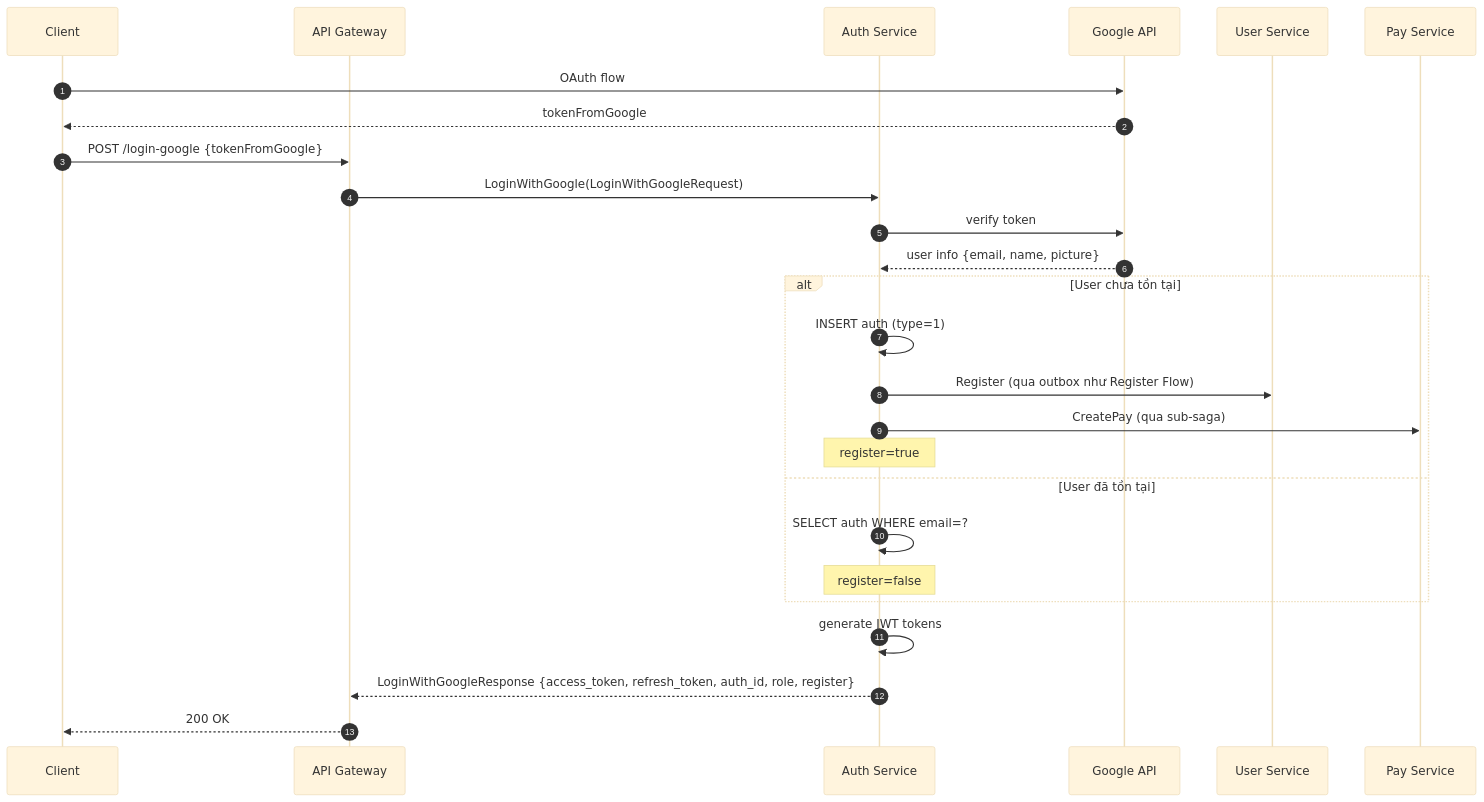
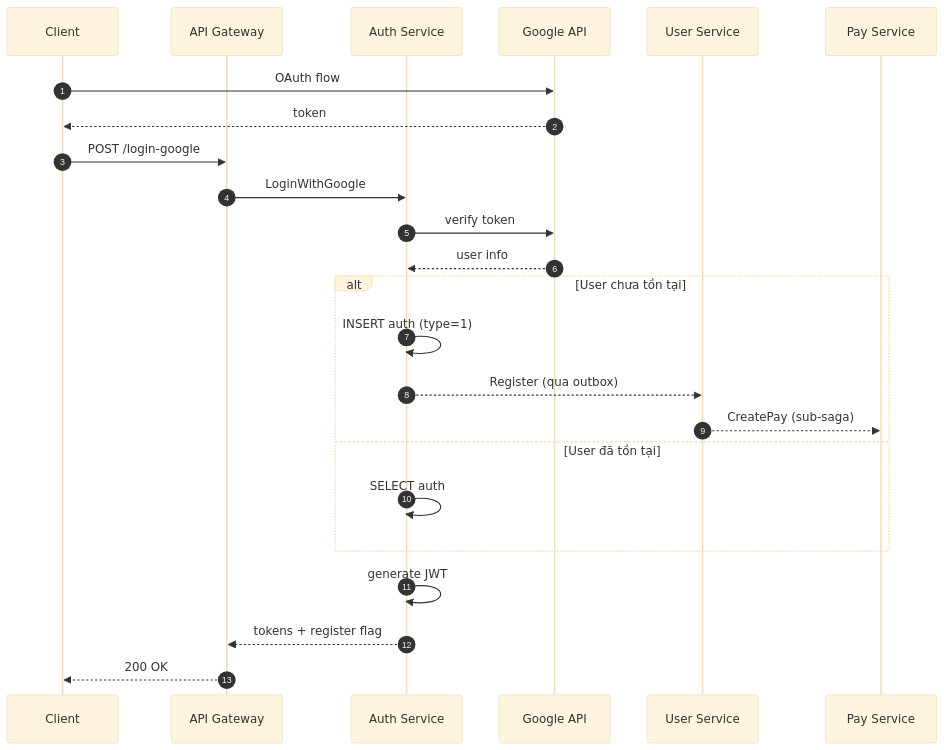
One commit to DANG-PH/dragonboy-api-gateway changed the eighth of 18 diagrams in docs/architecture.md. Above: the diagram before and after it, drawn with Mermaid (base theme). The commit also changed other lines of this file, not shown here.

Commit message:
fix: architecture docs with erd, diagram, usecase,...

````diff
--- a/docs/architecture.md
+++ b/docs/architecture.md
@@ -560,31 +655,29 @@
 ```mermaid
 sequenceDiagram
     autonumber
     participant C as Client
     participant GW as API Gateway
     participant Auth as Auth Service
     participant Google as Google API
     participant User as User Service
     participant Pay as Pay Service
 
     C->>Google: OAuth flow
-    Google-->>C: tokenFromGoogle
-    C->>GW: POST /login-google {tokenFromGoogle}
-    GW->>Auth: LoginWithGoogle(LoginWithGoogleRequest)
+    Google-->>C: token
+    C->>GW: POST /login-google
+    GW->>Auth: LoginWithGoogle
     Auth->>Google: verify token
-    Google-->>Auth: user info {email, name, picture}
+    Google-->>Auth: user info
 
     alt User chưa tồn tại
         Auth->>Auth: INSERT auth (type=1)
-        Auth->>User: Register (qua outbox như Register Flow)
-        Auth->>Pay: CreatePay (qua sub-saga)
-        Note over Auth: register=true
+        Auth-->>User: Register (qua outbox)
+        User-->>Pay: CreatePay (sub-saga)
     else User đã tồn tại
-        Auth->>Auth: SELECT auth WHERE email=?
-        Note over Auth: register=false
+        Auth->>Auth: SELECT auth
     end
 
-    Auth->>Auth: generate JWT tokens
-    Auth-->>GW: LoginWithGoogleResponse {access_token, refresh_token, auth_id, role, register}
+    Auth->>Auth: generate JWT
+    Auth-->>GW: tokens + register flag
     GW-->>C: 200 OK
 ```
````
